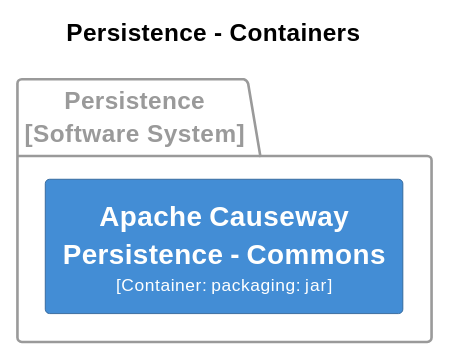
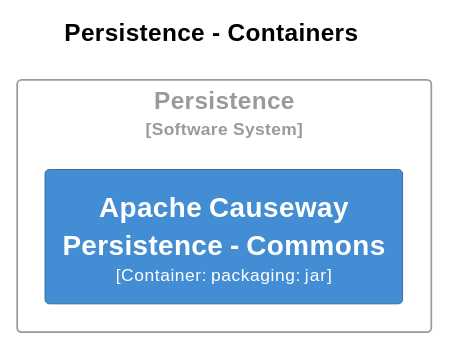
The eighth of 31 diagrams in core/adoc/modules/_overview/pages/about.adoc (apache/causeway), drawn with PlantUML before and after one commit. The commit also changed other lines of this file and 4 other files, not shown here.

```diff
--- a/core/adoc/modules/_overview/pages/about.adoc
+++ b/core/adoc/modules/_overview/pages/about.adoc
@@ -1731,33 +1973,33 @@
 [plantuml,Persistence,svg]
 ----
 @startuml
 set separator none
 title Persistence - Containers
 
 left to right direction
 
 skinparam {
   shadowing false
   arrowFontSize 10
   defaultTextAlignment center
   wrapWidth 200
   maxMessageSize 100
 }
 
 hide stereotype
 
 skinparam rectangle<<Persistence.ApacheCausewayPersistenceCommons>> {
   BackgroundColor #438dd5
   FontColor #fffffe
   BorderColor #2e6295
 }
 
-package "Persistence\n[Software System]" <<Persistence>> {
-  skinparam PackageBorderColor<<Persistence>> #9a9a9a
-  skinparam PackageFontColor<<Persistence>> #9a9a9a
+rectangle "Persistence\n<size:10>[Software System]</size>" <<Persistence>> {
+  skinparam RectangleBorderColor<<Persistence>> #9a9a9a
+  skinparam RectangleFontColor<<Persistence>> #9a9a9a
 
   rectangle "==Apache Causeway Persistence - Commons\n<size:10>[Container: packaging: jar]</size>" <<Persistence.ApacheCausewayPersistenceCommons>> as Persistence.ApacheCausewayPersistenceCommons
 }
 
 @enduml
 ----
```
